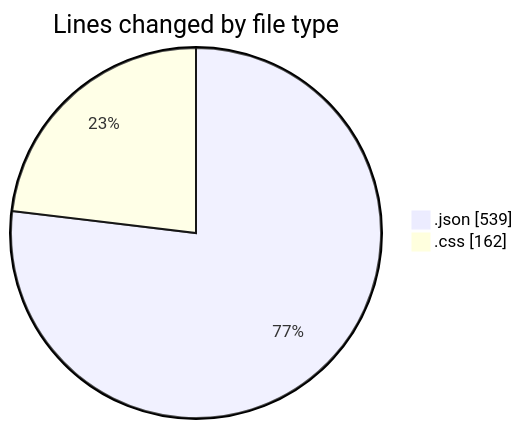
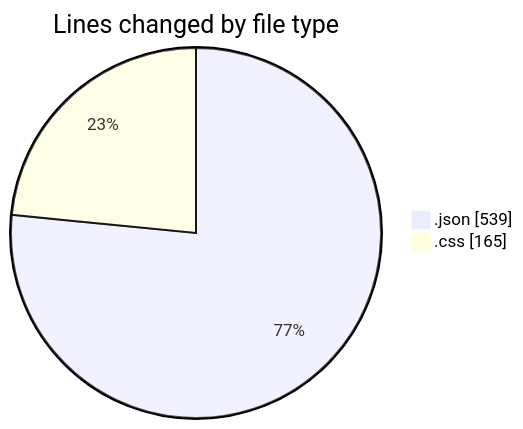
One commit to EIIisD/code-tracking changed the first of 2 diagrams in 2025-07-14/defer/README.md. Above: the diagram before and after it, drawn with Mermaid. The commit also changed other lines of this file and 1 other file, not shown here.

````diff
--- a/2025-07-14/defer/README.md
+++ b/2025-07-14/defer/README.md
@@ -21,6 +21,6 @@
 ```mermaid
 pie showData
 title Lines changed by file type
 ".json" : 539
-".css" : 162
+".css" : 165
 ```
````
